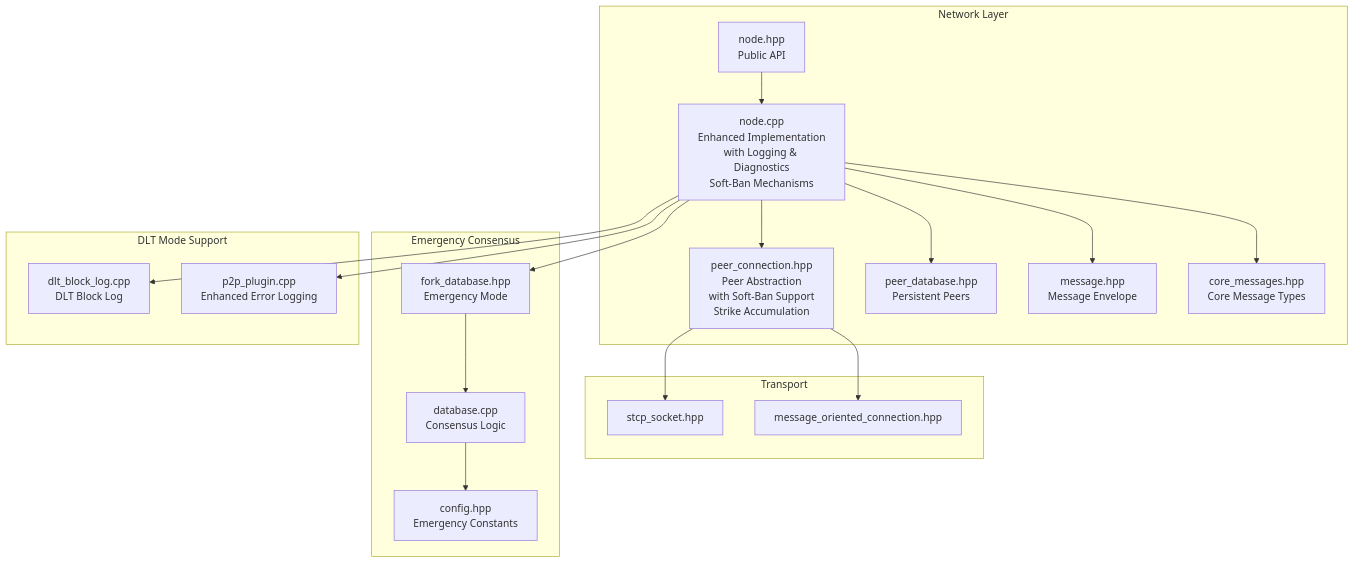
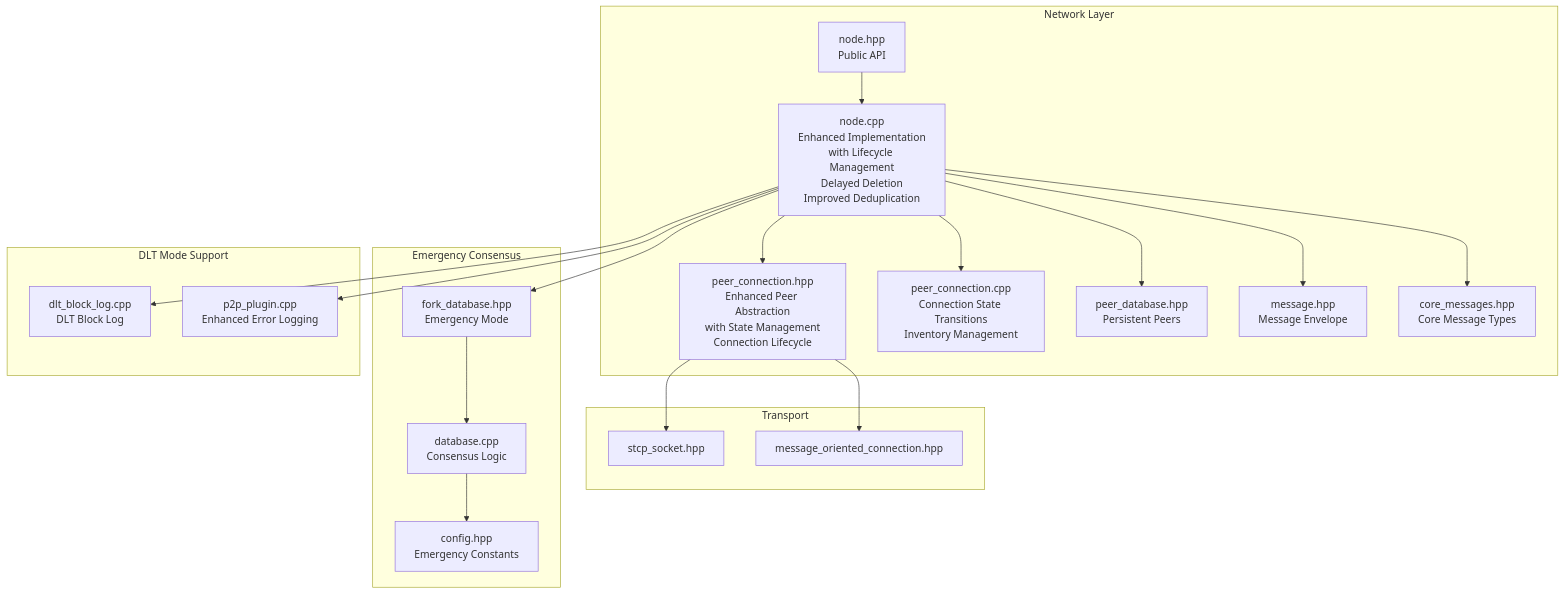
One commit to VIZ-Blockchain/viz-cpp-node changed the first of 7 diagrams in .qoder/repowiki/en/content/Architecture Overview/Core Libraries/Network Library/Node Management.md. Above: the diagram before and after it, drawn with Mermaid. The commit also changed other lines of this file and 7 other files, not shown here.

````diff
--- a/.qoder/repowiki/en/content/Architecture Overview/Core Libraries/Network Library/Node Management.md
+++ b/.qoder/repowiki/en/content/Architecture Overview/Core Libraries/Network Library/Node Management.md
@@ -61,36 +60,38 @@
 ```mermaid
 graph TB
 subgraph "Network Layer"
 N["node.hpp<br/>Public API"]
-NI["node.cpp<br/>Enhanced Implementation<br/>with Logging & Diagnostics<br/>Soft-Ban Mechanisms"]
-PC["peer_connection.hpp<br/>Peer Abstraction<br/>with Soft-Ban Support<br/>Strike Accumulation"]
+NI["node.cpp<br/>Enhanced Implementation<br/>with Lifecycle Management<br/>Delayed Deletion<br/>Improved Deduplication"]
+PC["peer_connection.hpp<br/>Enhanced Peer Abstraction<br/>with State Management<br/>Connection Lifecycle"]
+PCC["peer_connection.cpp<br/>Connection State Transitions<br/>Inventory Management"]
 PD["peer_database.hpp<br/>Persistent Peers"]
 MSG["message.hpp<br/>Message Envelope"]
 CM["core_messages.hpp<br/>Core Message Types"]
 end
 subgraph "Transport"
 STCP["stcp_socket.hpp"]
 MOC["message_oriented_connection.hpp"]
 end
 subgraph "Emergency Consensus"
 FD["fork_database.hpp<br/>Emergency Mode"]
 DBC["database.cpp<br/>Consensus Logic"]
 CFG["config.hpp<br/>Emergency Constants"]
 end
 subgraph "DLT Mode Support"
 DLP["dlt_block_log.cpp<br/>DLT Block Log"]
 P2P["p2p_plugin.cpp<br/>Enhanced Error Logging"]
 end
 N --> NI
 NI --> PC
+NI --> PCC
 NI --> PD
 NI --> MSG
 NI --> CM
 PC --> STCP
 PC --> MOC
 NI --> FD
 FD --> DBC
 DBC --> CFG
 NI --> DLP
 NI --> P2P
 ```
````
